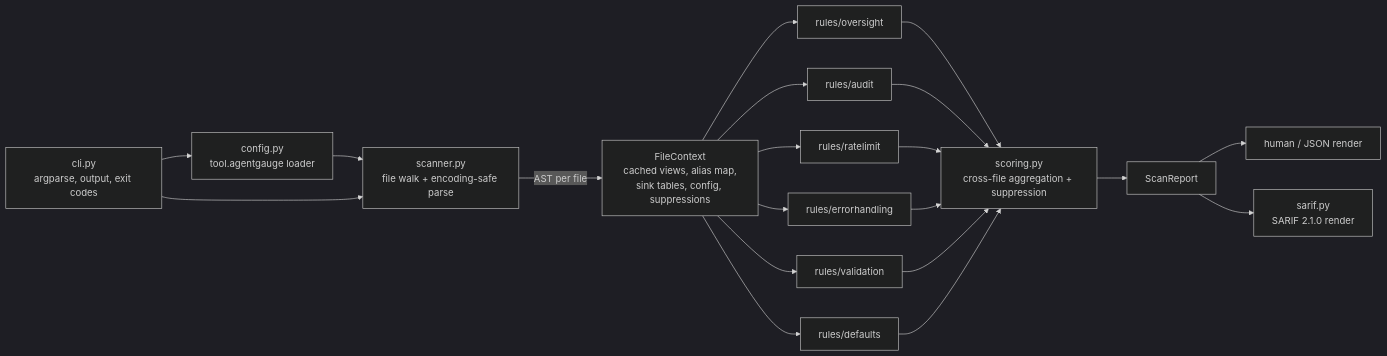
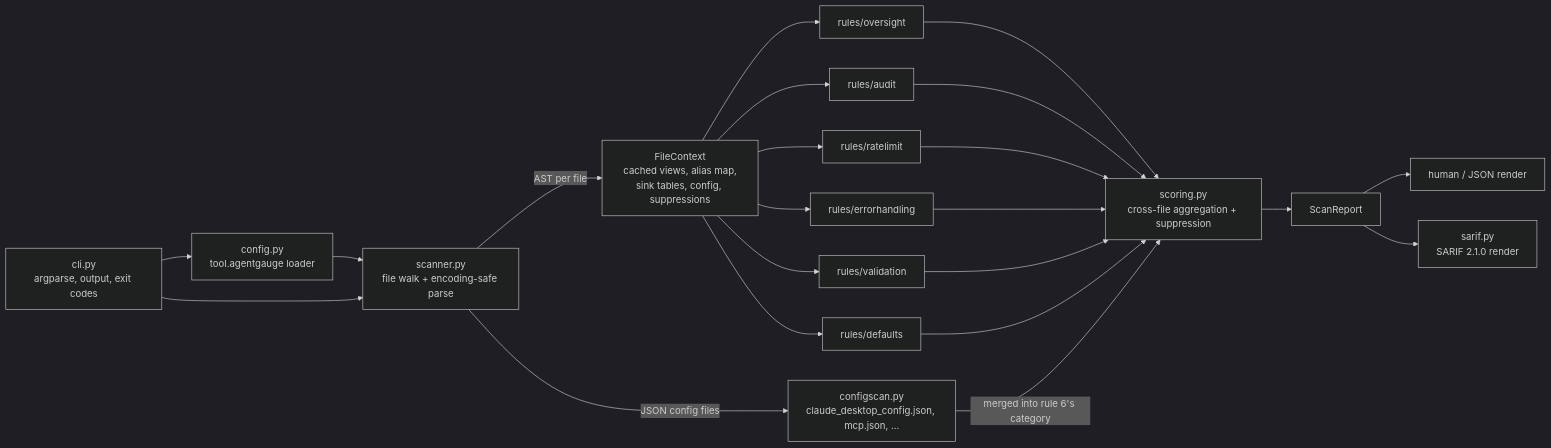
Before and after one commit to PreethamNoelP/agentgauge: the diagram in README.md, drawn with Mermaid (dark theme). The commit also changed other lines of this file and 16 other files, not shown here.

````diff
--- a/README.md
+++ b/README.md
@@ -128,17 +129,19 @@
 ```mermaid
 flowchart LR
     CFG[config.py<br/>tool.agentgauge loader] --> SC
     CLI[cli.py<br/>argparse, output, exit codes] --> SC[scanner.py<br/>file walk + encoding-safe parse]
     CLI --> CFG
     SC -->|AST per file| CTX[FileContext<br/>cached views, alias map,<br/>sink tables, config, suppressions]
+    SC -->|JSON config files| JCS[configscan.py<br/>claude_desktop_config.json, mcp.json, ...]
     CTX --> R1[rules/oversight]
     CTX --> R2[rules/audit]
     CTX --> R3[rules/ratelimit]
     CTX --> R4[rules/errorhandling]
     CTX --> R5[rules/validation]
     CTX --> R6[rules/defaults]
     R1 & R2 & R3 & R4 & R5 & R6 --> AG[scoring.py<br/>cross-file aggregation + suppression]
+    JCS -->|merged into rule 6's category| AG
     AG --> REP[ScanReport]
     REP --> OUT1[human / JSON render]
     REP --> OUT2[sarif.py<br/>SARIF 2.1.0 render]
 ```
````
